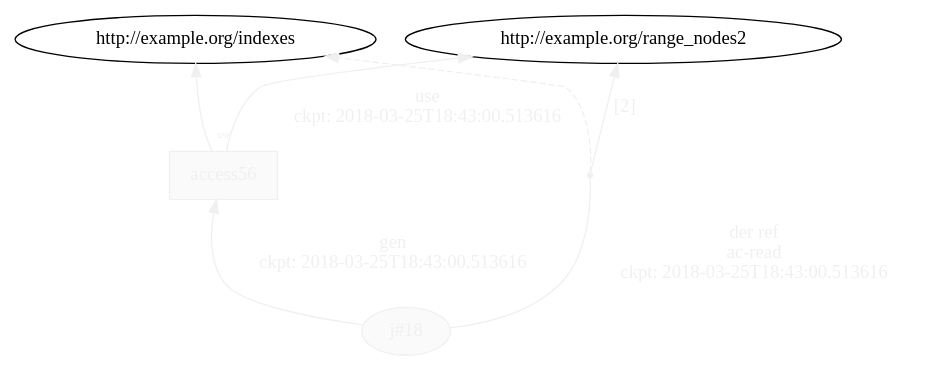
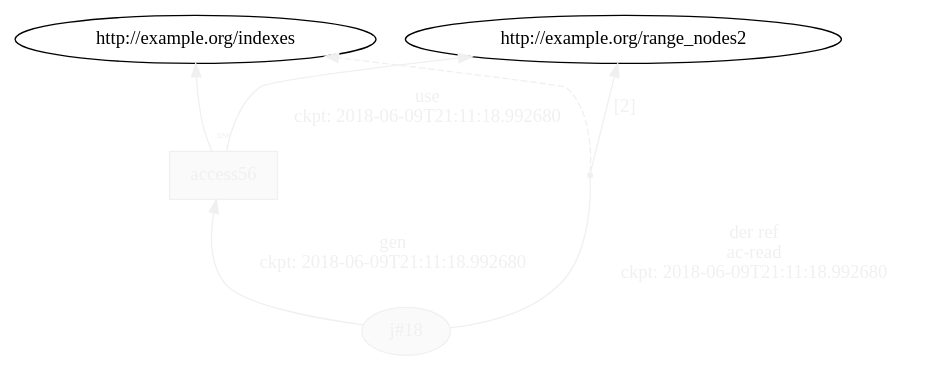
Before and after one commit to dew-uff/versioned-prov: the diagram in generated/versioned_prov/temp/L13__loop_access_18.dot, drawn with Graphviz. The commit also changed 926 other files, not shown here.

```diff
--- a/generated/versioned_prov/temp/L13__loop_access_18.dot
+++ b/generated/versioned_prov/temp/L13__loop_access_18.dot
@@ -1,15 +1,15 @@
 digraph "PROV" { size="16,12"; rankdir="BT";
 "http://example.org/j#18" [fillcolor="#FAFAFA",color="#F0F0F0",style="filled",fontcolor="#F0F0F0",label="j#18",URL="http://example.org/j#18"]
 "http://example.org/access56" [fillcolor="#FAFAFA",color="#F0F0F0",shape="polygon",sides="4",style="filled",fontcolor="#F0F0F0",label="access56",URL="http://example.org/access56"]
 "bn0" [shape="point",label="",fontcolor="#F0F0F0",color="#F0F0F0"]
 "http://example.org/j#18" -> "bn0" [fontsize="14",distance="1.5",angle="60.0",rotation="20",label="der ref
 ac-read
-ckpt: 2018-03-25T18:43:00.513616",arrowhead="none",fontcolor="#F0F0F0",color="#F0F0F0"]
+ckpt: 2018-06-09T21:11:18.992680",arrowhead="none",fontcolor="#F0F0F0",color="#F0F0F0"]
 "bn0" -> "http://example.org/indexes" [style="dashed",fontcolor="#F0F0F0",color="#F0F0F0"]
 "bn0" -> "http://example.org/range_nodes2" [fontsize="14",distance="1.5",angle="60.0",rotation="20",label="[2]",fontcolor="#F0F0F0",color="#F0F0F0"]
 "http://example.org/access56" -> "http://example.org/indexes" [labelfontsize="8",labeldistance="1.5",labelangle="60.0",rotation="20",taillabel="use",fontcolor="#F0F0F0",color="#F0F0F0"]
 "http://example.org/access56" -> "http://example.org/range_nodes2" [fontsize="14",distance="1.5",angle="60.0",rotation="20",label="use
-ckpt: 2018-03-25T18:43:00.513616",fontcolor="#F0F0F0",color="#F0F0F0"]
+ckpt: 2018-06-09T21:11:18.992680",fontcolor="#F0F0F0",color="#F0F0F0"]
 "http://example.org/j#18" -> "http://example.org/access56" [fontsize="14",distance="1.5",angle="60.0",rotation="20",label="gen
-ckpt: 2018-03-25T18:43:00.513616",fontcolor="#F0F0F0",color="#F0F0F0"]
+ckpt: 2018-06-09T21:11:18.992680",fontcolor="#F0F0F0",color="#F0F0F0"]
 }
```
